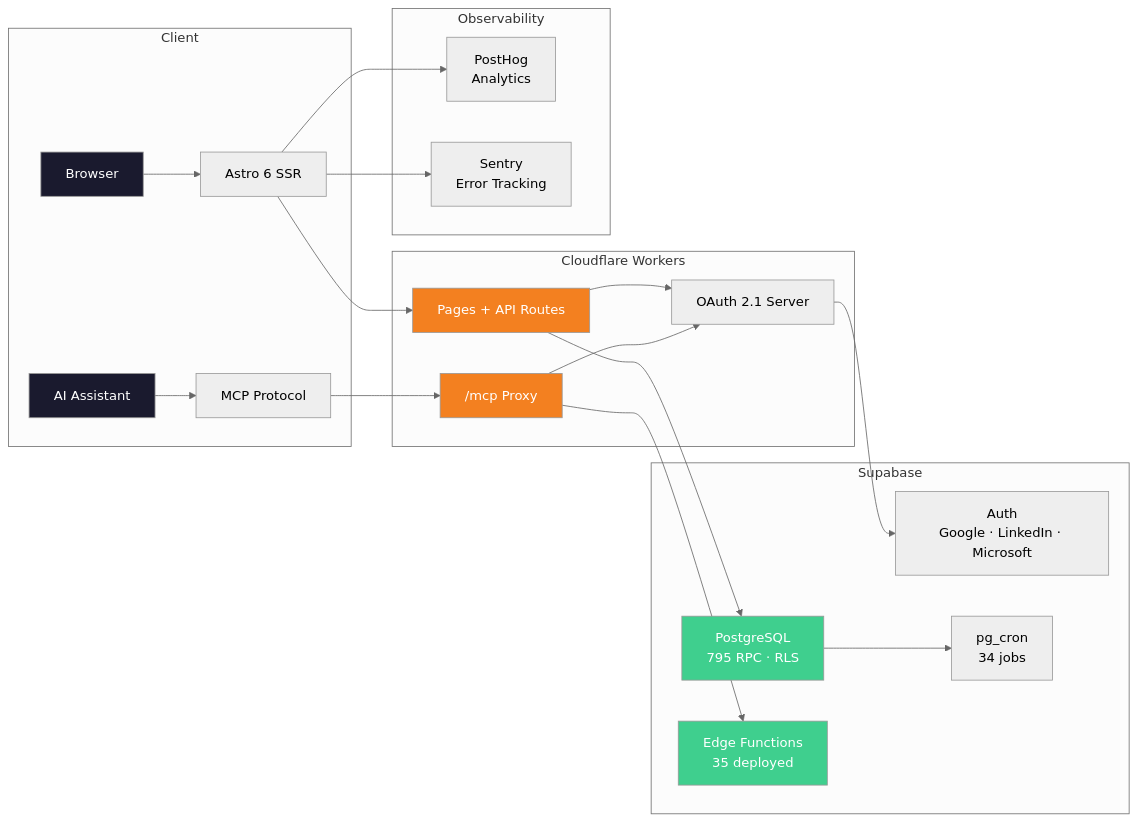
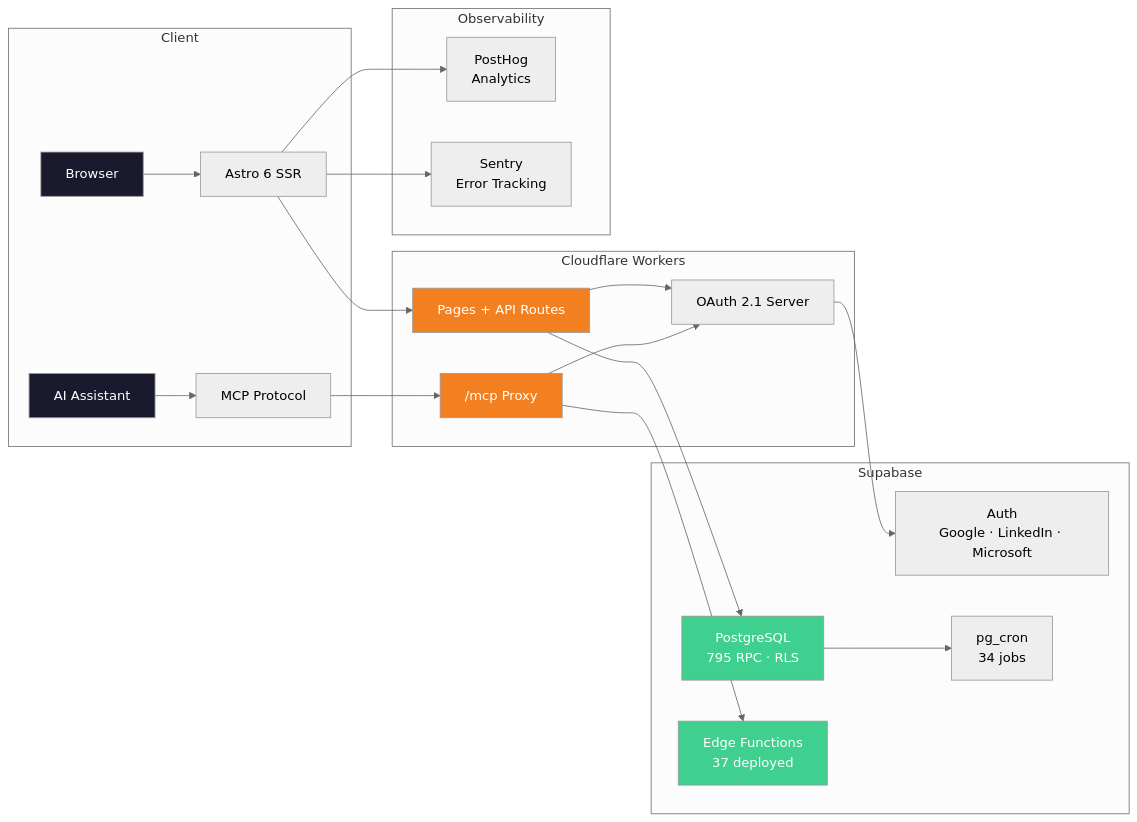
The first of 2 diagrams in README.md (VitorMRodovalho/ai-pm-research-hub), drawn with Mermaid (neutral theme) before and after one commit. The commit also changed other lines of this file and 9 other files, not shown here.

````diff
--- a/README.md
+++ b/README.md
@@ -70,33 +70,33 @@
 ```mermaid
 graph LR
     subgraph Client
         A[Browser] --> B[Astro 6 SSR]
         C[AI Assistant] --> D[MCP Protocol]
     end
 
     subgraph "Cloudflare Workers"
         B --> E[Pages + API Routes]
         D --> F["/mcp Proxy"]
         E --> G[OAuth 2.1 Server]
         F --> G
     end
 
     subgraph "Supabase"
         G --> H[Auth<br/>Google · LinkedIn · Microsoft]
         E --> I[PostgreSQL<br/>795 RPC · RLS]
-        F --> J[Edge Functions<br/>35 deployed]
+        F --> J[Edge Functions<br/>37 deployed]
         I --> K[pg_cron<br/>34 jobs]
     end
 
     subgraph "Observability"
         B --> L[PostHog<br/>Analytics]
         B --> M[Sentry<br/>Error Tracking]
     end
 
     style A fill:#1a1a2e,color:#fff
     style C fill:#1a1a2e,color:#fff
     style E fill:#F38020,color:#fff
     style F fill:#F38020,color:#fff
     style I fill:#3FCF8E,color:#fff
     style J fill:#3FCF8E,color:#fff
 ```
````
